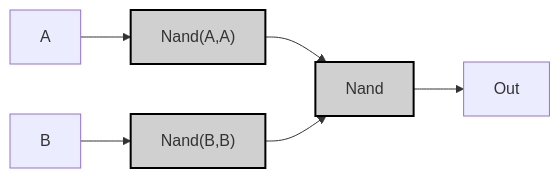
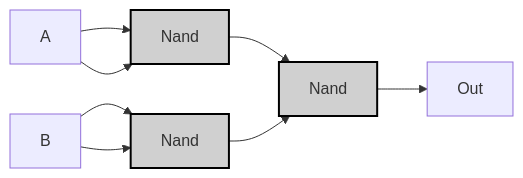
The second of 2 diagrams in 99_Projects/Nand2Tetris/HackHDL/03_Or.md (MeJamoLeo/Vault_Templates), drawn with Mermaid before and after one commit. The commit also changed other lines of this file and 1 other file, not shown here.

````diff
--- a/99_Projects/Nand2Tetris/HackHDL/03_Or.md
+++ b/99_Projects/Nand2Tetris/HackHDL/03_Or.md
@@ -140,10 +115,12 @@
 ```mermaid
 graph LR;
-    A["A"] --> NotA["Nand(A,A)"]:::gate;
-    B["B"] --> NotB["Nand(B,B)"]:::gate;
-    NotA --> OrOpt["Nand"]:::gate;
-    NotB --> OrOpt;
-    OrOpt --> OUT["Out"];
+    A["A"] --> Nand1["Nand"]:::gate
+    A --> Nand1
+    B["B"] --> Nand2["Nand"]:::gate
+    B --> Nand2
+    Nand1 --> Nand3["Nand"]:::gate
+    Nand2 --> Nand3
+    Nand3 --> OUT["Out"]
     
     classDef gate fill:#d0d0d0,stroke:#000,stroke-width:2px;
 ```
````
